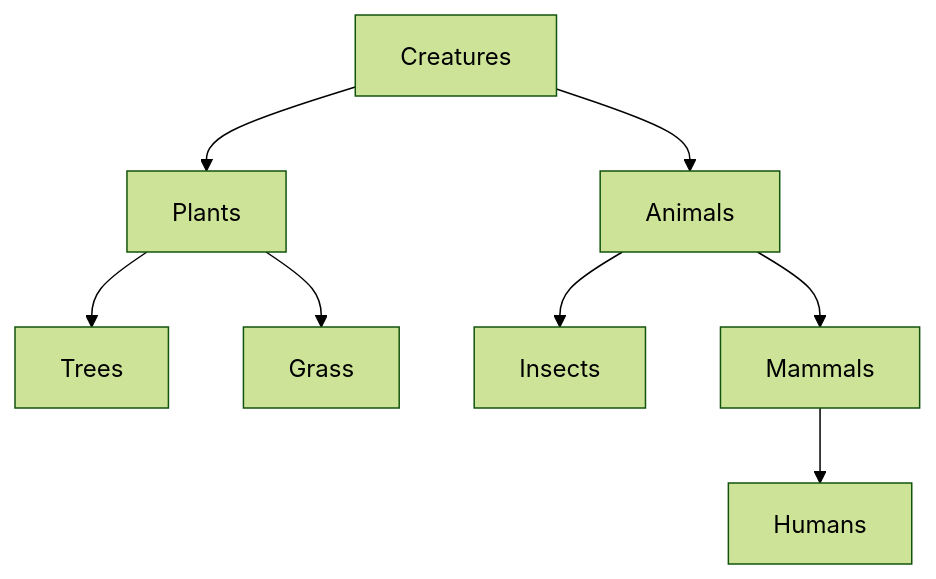
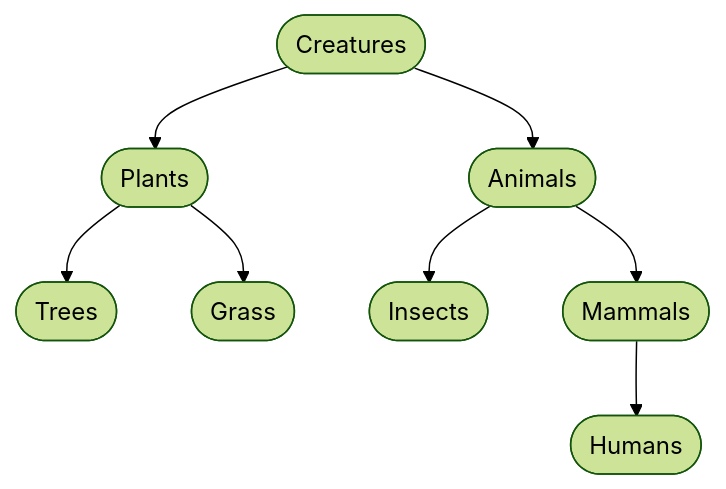
One commit to Trent-Fellbootman/dev000 changed the third of 3 diagrams in docs/developer-mindset/hierarchy.md. Above: the diagram before and after it, drawn with Mermaid (forest theme). The commit also changed other lines of this file and 3 other files, not shown here.

Commit message:
Update mermaid blocks for better idioms

````diff
--- a/docs/developer-mindset/hierarchy.md
+++ b/docs/developer-mindset/hierarchy.md
@@ -169,19 +167,17 @@
 ```mermaid
 graph TD
 
-Creatures
+A([Creatures]) --> B([Plants])
 
-Creatures --> Plants
+B --> G([Trees])
 
-Plants --> Trees
+B --> H([Grass])
 
-Plants --> Grass
+A --> C([Animals])
 
-Creatures --> Animals
+C --> D([Insects])
 
-Animals --> Insects
+C --> E([Mammals])
 
-Animals --> Mammals
-
-Mammals --> Humans
+E --> F([Humans])
 ```
````
